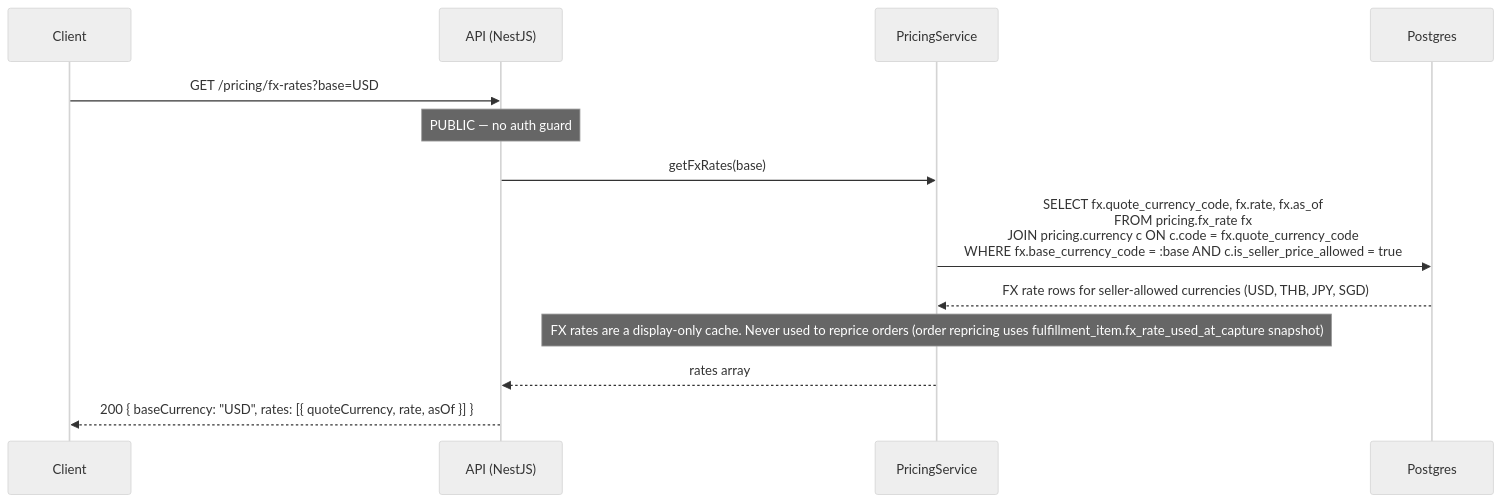
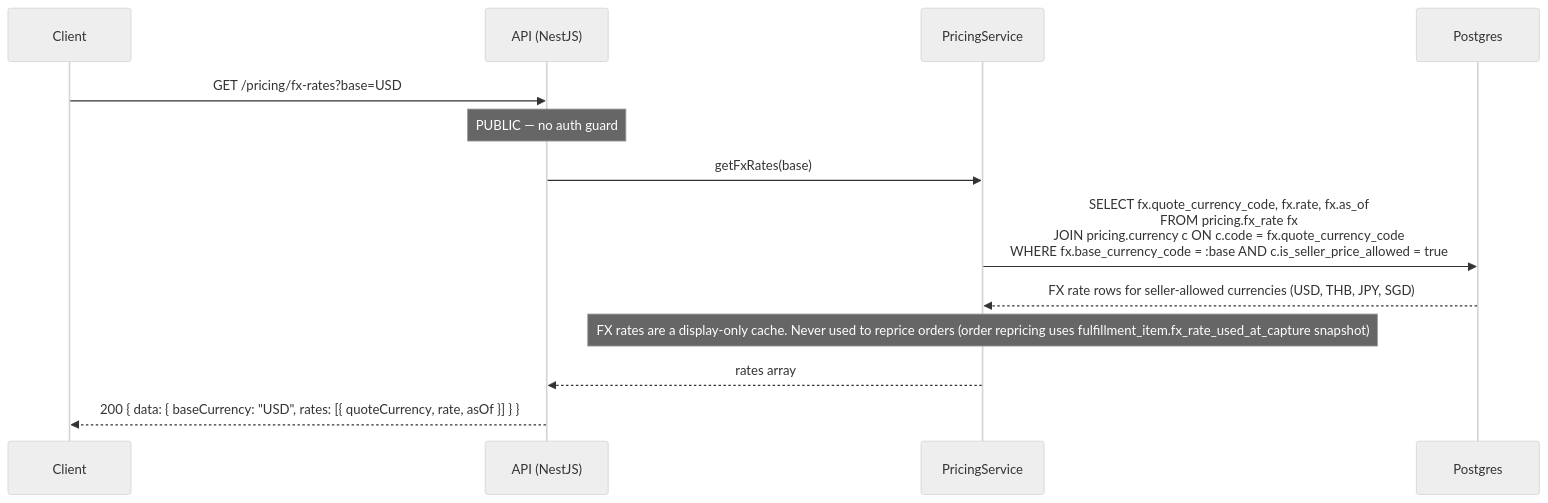
Before and after one commit to alisa-uthi/aliceut-ecom-document: the second of 2 diagrams in phase-1/technical-design/api-design/pricing.md, drawn with Mermaid (neutral theme). The commit also changed other lines of this file and 22 other files, not shown here.

````diff
--- a/phase-1/technical-design/api-design/pricing.md
+++ b/phase-1/technical-design/api-design/pricing.md
@@ -133,16 +140,16 @@
 ```mermaid
 sequenceDiagram
     participant Client
     participant API as API (NestJS)
     participant PricingService
     participant Postgres
 
     Client->>API: GET /pricing/fx-rates?base=USD
     Note over API: PUBLIC — no auth guard
     API->>PricingService: getFxRates(base)
     PricingService->>Postgres: SELECT fx.quote_currency_code, fx.rate, fx.as_of<br/>FROM pricing.fx_rate fx<br/>JOIN pricing.currency c ON c.code = fx.quote_currency_code<br/>WHERE fx.base_currency_code = :base AND c.is_seller_price_allowed = true
     Postgres-->>PricingService: FX rate rows for seller-allowed currencies (USD, THB, JPY, SGD)
     Note over PricingService: FX rates are a display-only cache. Never used to reprice orders (order repricing uses fulfillment_item.fx_rate_used_at_capture snapshot)
     PricingService-->>API: rates array
-    API-->>Client: 200 { baseCurrency: "USD", rates: [{ quoteCurrency, rate, asOf }] }
+    API-->>Client: 200 { data: { baseCurrency: "USD", rates: [{ quoteCurrency, rate, asOf }] } }
 ```
````
